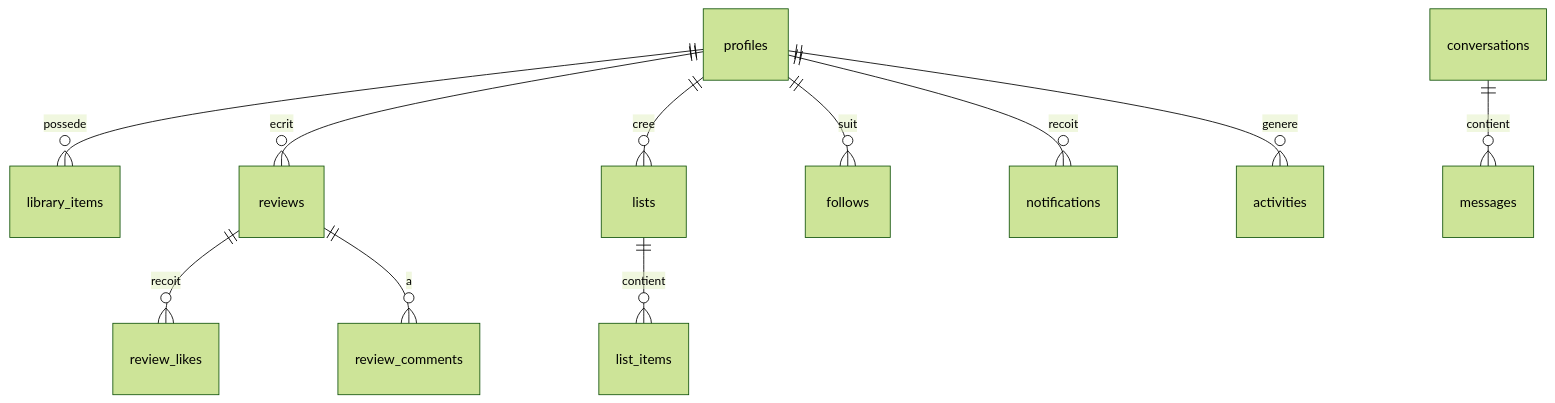
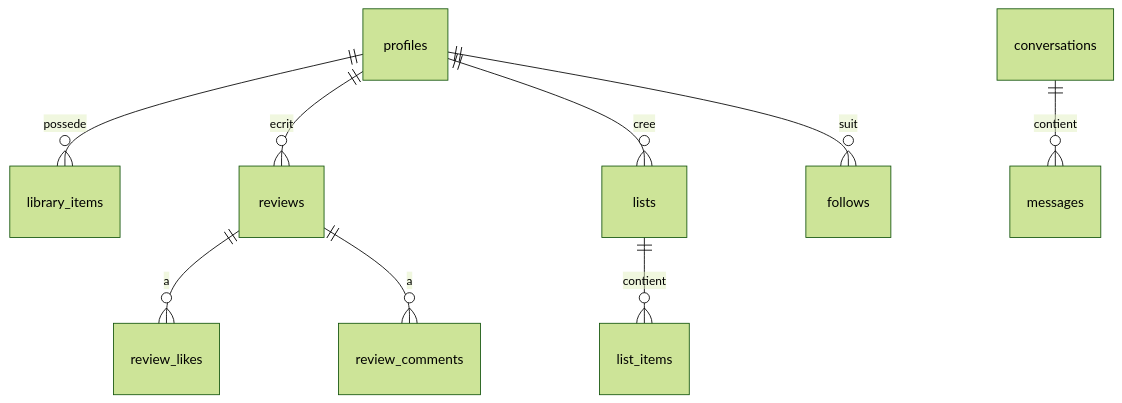
Before and after one commit to LUCas-dkt/SUPCONTENTT: the third of 3 diagrams in docs/DOCUMENTATION_TECHNIQUE.md, drawn with Mermaid (forest theme). The commit also changed other lines of this file and 7 other files, not shown here.

````diff
--- a/docs/DOCUMENTATION_TECHNIQUE.md
+++ b/docs/DOCUMENTATION_TECHNIQUE.md
@@ -70,13 +140,11 @@
 ```mermaid
 erDiagram
   profiles ||--o{ library_items : possede
   profiles ||--o{ reviews : ecrit
   profiles ||--o{ lists : cree
   profiles ||--o{ follows : suit
-  reviews ||--o{ review_likes : recoit
+  reviews ||--o{ review_likes : a
   reviews ||--o{ review_comments : a
-  profiles ||--o{ notifications : recoit
-  profiles ||--o{ activities : genere
   lists ||--o{ list_items : contient
   conversations ||--o{ messages : contient
 ```
````
